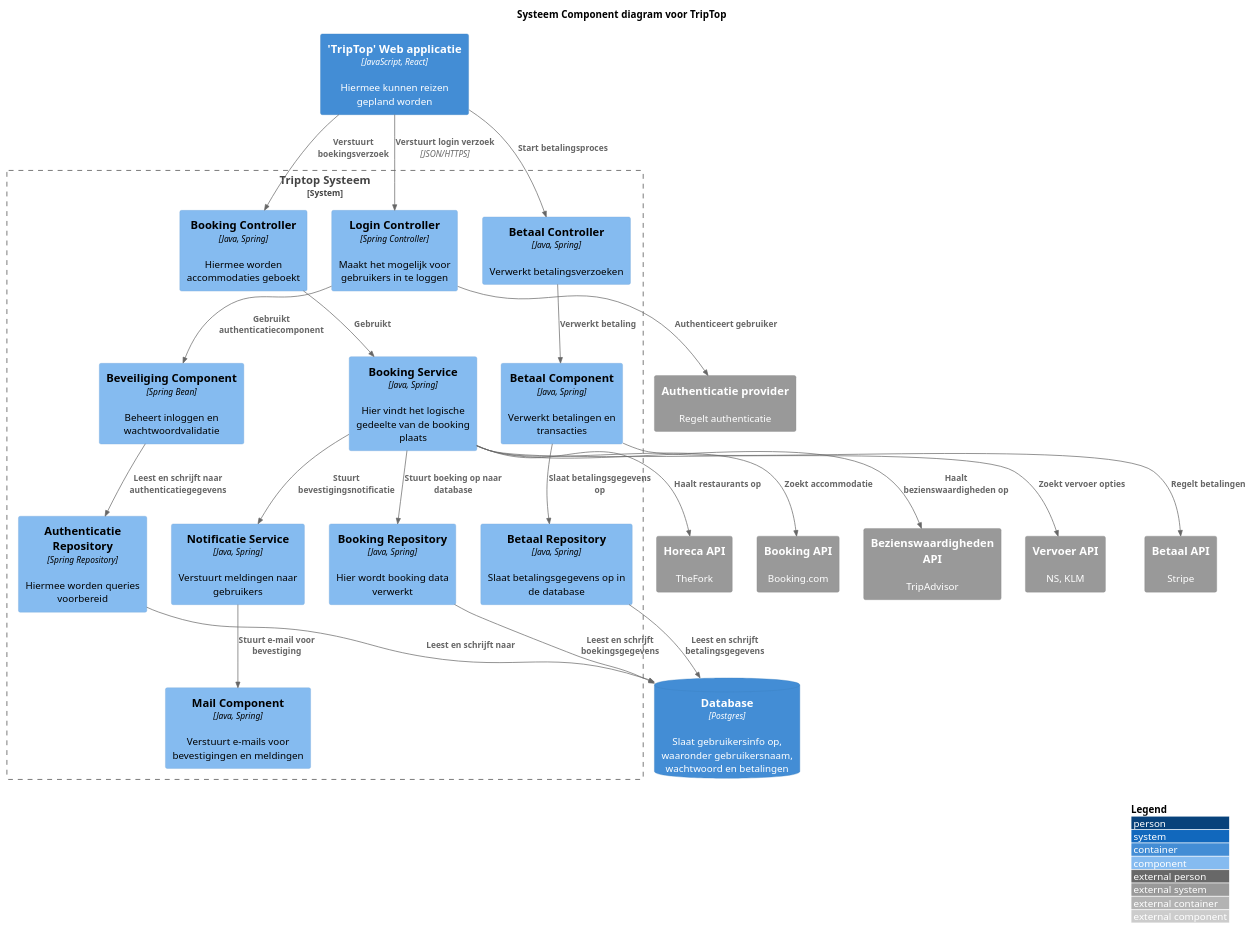
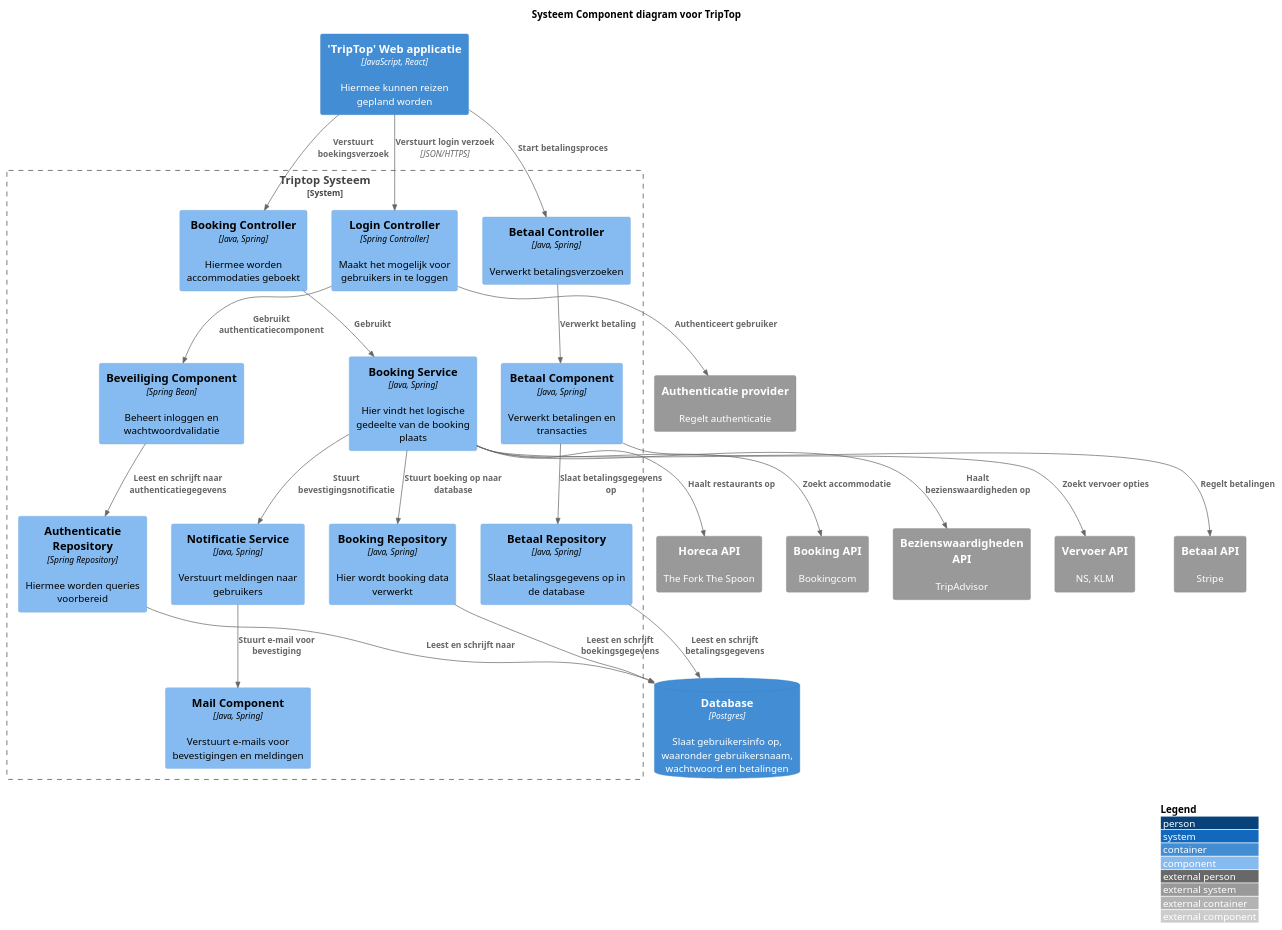
The diagram in opdracht-diagrammen/Component Diagram.puml (AIM-ENE-feb25/triptop-groep-4-afscheidscadeau-voor-juf-kim), drawn with PlantUML before and after one commit.

Commit message:
updated names

```diff
--- a/opdracht-diagrammen/Component Diagram.puml
+++ b/opdracht-diagrammen/Component Diagram.puml
@@ -1,65 +1,65 @@
 @startuml C4_Elements
 !include https://raw.githubusercontent.com/plantuml-stdlib/C4-PlantUML/master/C4_Component.puml
 title Systeem Component diagram voor TripTop
 
 LAYOUT_WITH_LEGEND()
 
 'skinparam linetype ortho
 'skinparam ArrowStyle Dashed
 
 Container(Webapp, "'TripTop' Web applicatie", "JavaScript, React", "Hiermee kunnen reizen gepland worden")
 
 System_Boundary(triptop, "Triptop Systeem") {
     Component(loginController, "Login Controller", "Spring Controller", "Maakt het mogelijk voor gebruikers in te loggen")
     Component(bookingComponent, "Booking Controller", "Java, Spring", "Hiermee worden accommodaties geboekt")
     Component(bookingService, "Booking Service", "Java, Spring", "Hier vindt het logische gedeelte van de booking plaats")
     Component(bookingRepo, "Booking Repository", "Java, Spring", "Hier wordt booking data verwerkt")
 
     Component(notificatieService, "Notificatie Service", "Java, Spring", "Verstuurt meldingen naar gebruikers")
     Component(mailComponent, "Mail Component", "Java, Spring", "Verstuurt e-mails voor bevestigingen en meldingen")
 
     Component(betaalController, "Betaal Controller", "Java, Spring", "Verwerkt betalingsverzoeken")
     Component(betaalComponent, "Betaal Component", "Java, Spring", "Verwerkt betalingen en transacties")
     Component(betaalRepo, "Betaal Repository", "Java, Spring", "Slaat betalingsgegevens op in de database")
 
     Component(authenticatieRepo, "Authenticatie Repository", "Spring Repository", "Hiermee worden queries voorbereid")
     Component(beveiligingComponent, "Beveiliging Component", "Spring Bean", "Beheert inloggen en wachtwoordvalidatie")
 }
 
 ContainerDb(Database, "Database", "Postgres", "Slaat gebruikersinfo op, waaronder gebruikersnaam, wachtwoord en betalingen")
 
 System_Ext(authAPI, "Authenticatie provider", "Regelt authenticatie")
-System_Ext(bookingAPI, "Booking API", "Booking.com")
+System_Ext(bookingAPI, "Booking API", "Bookingcom")
 System_Ext(bezienswaardighedenAPI, "Bezienswaardigheden API", "TripAdvisor")
 System_Ext(vervoerAPI, "Vervoer API", "NS, KLM")
-System_Ext(horecaAPI, "Horeca API", "TheFork")
+System_Ext(horecaAPI, "Horeca API", "The Fork The Spoon")
 System_Ext(betaalAPI, "Betaal API", "Stripe")
 
 
 Rel(Webapp, loginController, "Verstuurt login verzoek", "JSON/HTTPS")
 Rel(loginController, beveiligingComponent, "Gebruikt authenticatiecomponent")
 Rel(loginController, authAPI, "Authenticeert gebruiker")
 Rel(beveiligingComponent, authenticatieRepo, "Leest en schrijft naar authenticatiegegevens")
 Rel(authenticatieRepo, Database, "Leest en schrijft naar")
 
 Rel(Webapp, bookingComponent, "Verstuurt boekingsverzoek")
 Rel(bookingComponent, bookingService, "Gebruikt")
 Rel(bookingService, bookingRepo, "Stuurt boeking op naar database")
 Rel(bookingRepo, Database, "Leest en schrijft boekingsgegevens")
 
 Rel(bookingService, notificatieService, "Stuurt bevestigingsnotificatie")
 Rel(notificatieService, mailComponent, "Stuurt e-mail voor bevestiging")
 
 Rel(Webapp, betaalController, "Start betalingsproces")
 Rel(betaalController, betaalComponent, "Verwerkt betaling")
 Rel(betaalComponent, betaalRepo, "Slaat betalingsgegevens op")
 Rel(betaalRepo, Database, "Leest en schrijft betalingsgegevens")
 
 Rel(bookingService, bookingAPI, "Zoekt accommodatie")
 Rel(bookingService, bezienswaardighedenAPI, "Haalt bezienswaardigheden op")
 Rel(bookingService, vervoerAPI, "Zoekt vervoer opties")
 Rel(bookingService, horecaAPI, "Haalt restaurants op")
 
 Rel(betaalComponent, betaalAPI, "Regelt betalingen")
 
 @enduml
```
